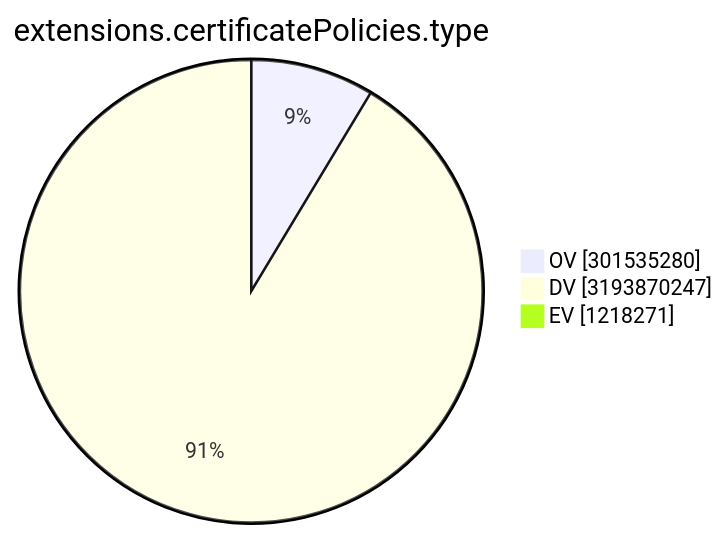
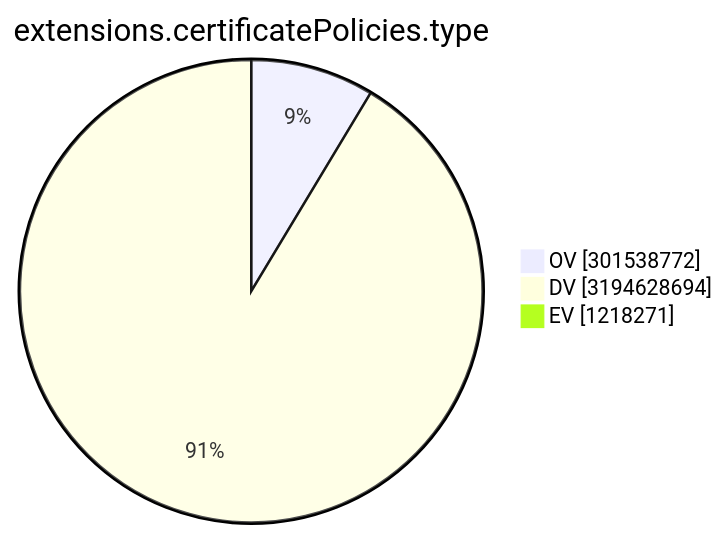
One commit to christiankrug/ctmonitor_visualization changed the ninth of 15 diagrams in TOTAL/README.md. Above: the diagram before and after it, drawn with Mermaid. The commit also changed other lines of this file, not shown here.

````diff
--- a/TOTAL/README.md
+++ b/TOTAL/README.md
@@ -3106,7 +3106,7 @@
 ```mermaid
 pie showData
 title extensions.certificatePolicies.type
-"OV" :301535280
-"DV" :3193870247
+"OV" :301538772
+"DV" :3194628694
 "EV" :1218271
 ```
````
